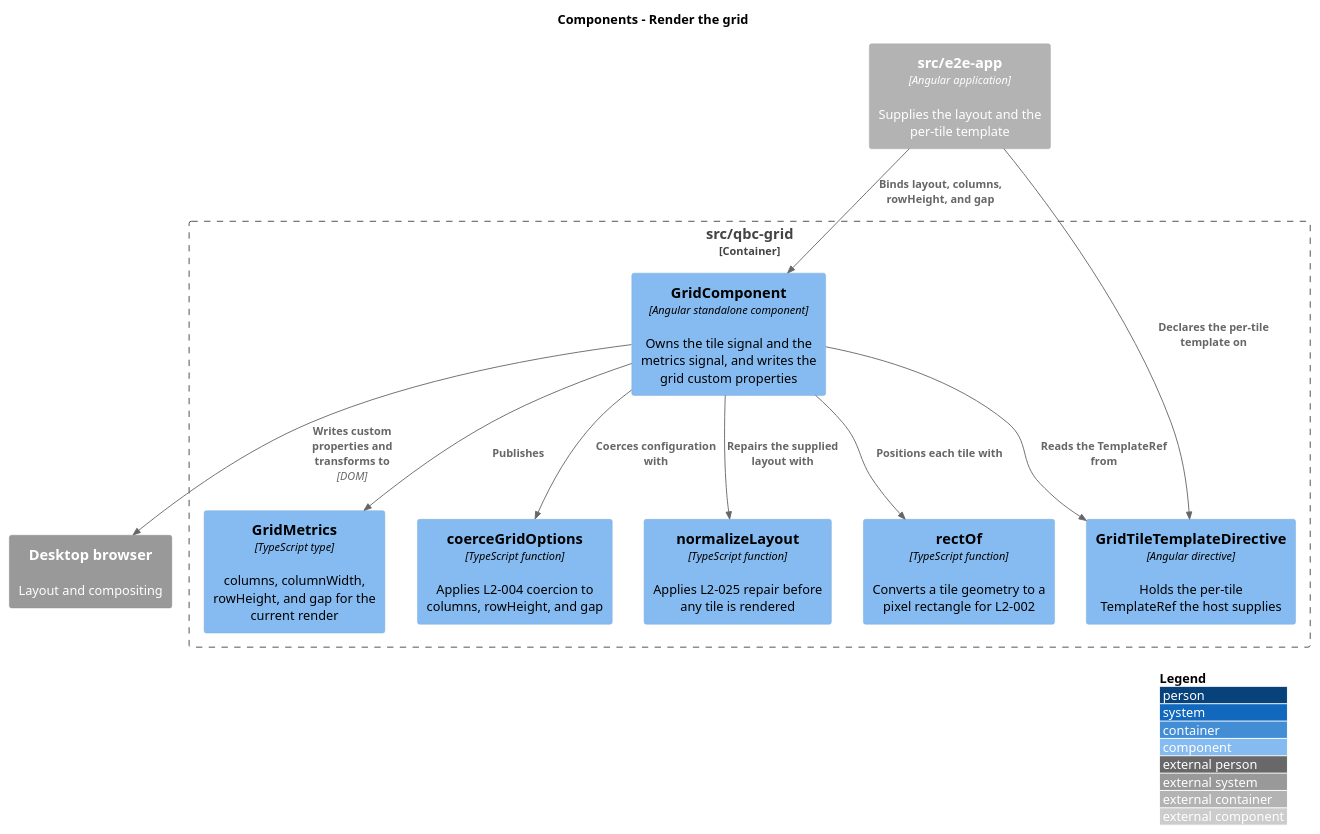
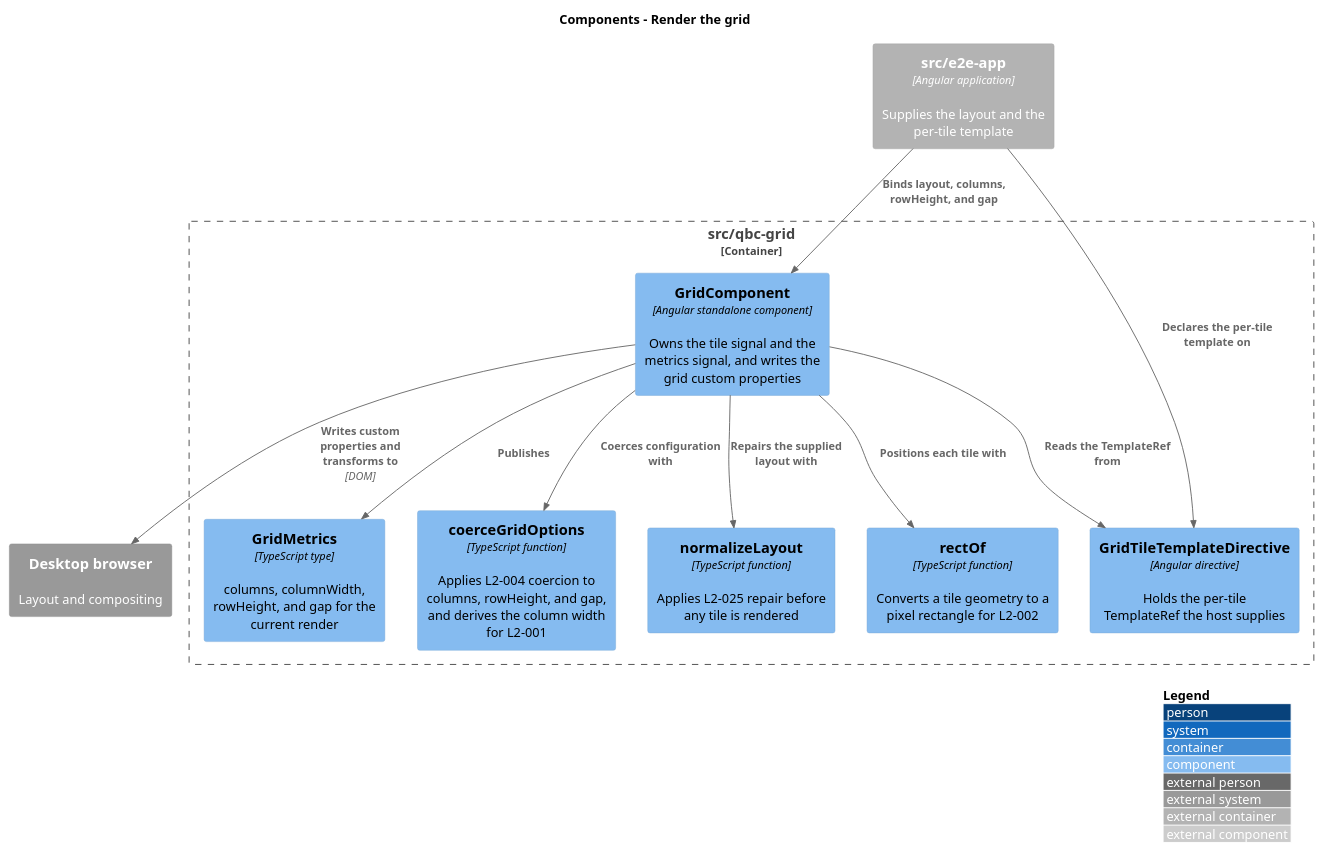
The diagram in docs/detailed-designs/grid-layout/render-grid/diagrams/c4-component.puml (QuinntyneBrown/qbc-grid), drawn with PlantUML before and after one commit. The commit also changed 20 other files, not shown here.

First line of the commit message:
Render the cell model: columns, cells, growth, and coercion

```diff
--- a/docs/detailed-designs/grid-layout/render-grid/diagrams/c4-component.puml
+++ b/docs/detailed-designs/grid-layout/render-grid/diagrams/c4-component.puml
@@ -1,26 +1,26 @@
 @startuml
 !include <C4/C4_Component>
 LAYOUT_WITH_LEGEND()
 title Components - Render the grid
 
 Container_Boundary(components, "src/qbc-grid") {
   Component(grid, "GridComponent", "Angular standalone component", "Owns the tile signal and the metrics signal, and writes the grid custom properties")
   Component(tpl, "GridTileTemplateDirective", "Angular directive", "Holds the per-tile TemplateRef the host supplies")
   Component(metrics, "GridMetrics", "TypeScript type", "columns, columnWidth, rowHeight, and gap for the current render")
-  Component(coerce, "coerceGridOptions", "TypeScript function", "Applies L2-004 coercion to columns, rowHeight, and gap")
+  Component(coerce, "coerceGridOptions", "TypeScript function", "Applies L2-004 coercion to columns, rowHeight, and gap, and derives the column width for L2-001")
   Component(normalize, "normalizeLayout", "TypeScript function", "Applies L2-025 repair before any tile is rendered")
   Component(rect, "rectOf", "TypeScript function", "Converts a tile geometry to a pixel rectangle for L2-002")
 }
 
 Container_Ext(app, "src/e2e-app", "Angular application", "Supplies the layout and the per-tile template")
 System_Ext(browser, "Desktop browser", "Layout and compositing")
 
 Rel(app, grid, "Binds layout, columns, rowHeight, and gap")
 Rel(app, tpl, "Declares the per-tile template on")
 Rel(grid, coerce, "Coerces configuration with")
 Rel(grid, normalize, "Repairs the supplied layout with")
 Rel(grid, metrics, "Publishes")
 Rel(grid, rect, "Positions each tile with")
 Rel(grid, tpl, "Reads the TemplateRef from")
 Rel(grid, browser, "Writes custom properties and transforms to", "DOM")
 @enduml
```
